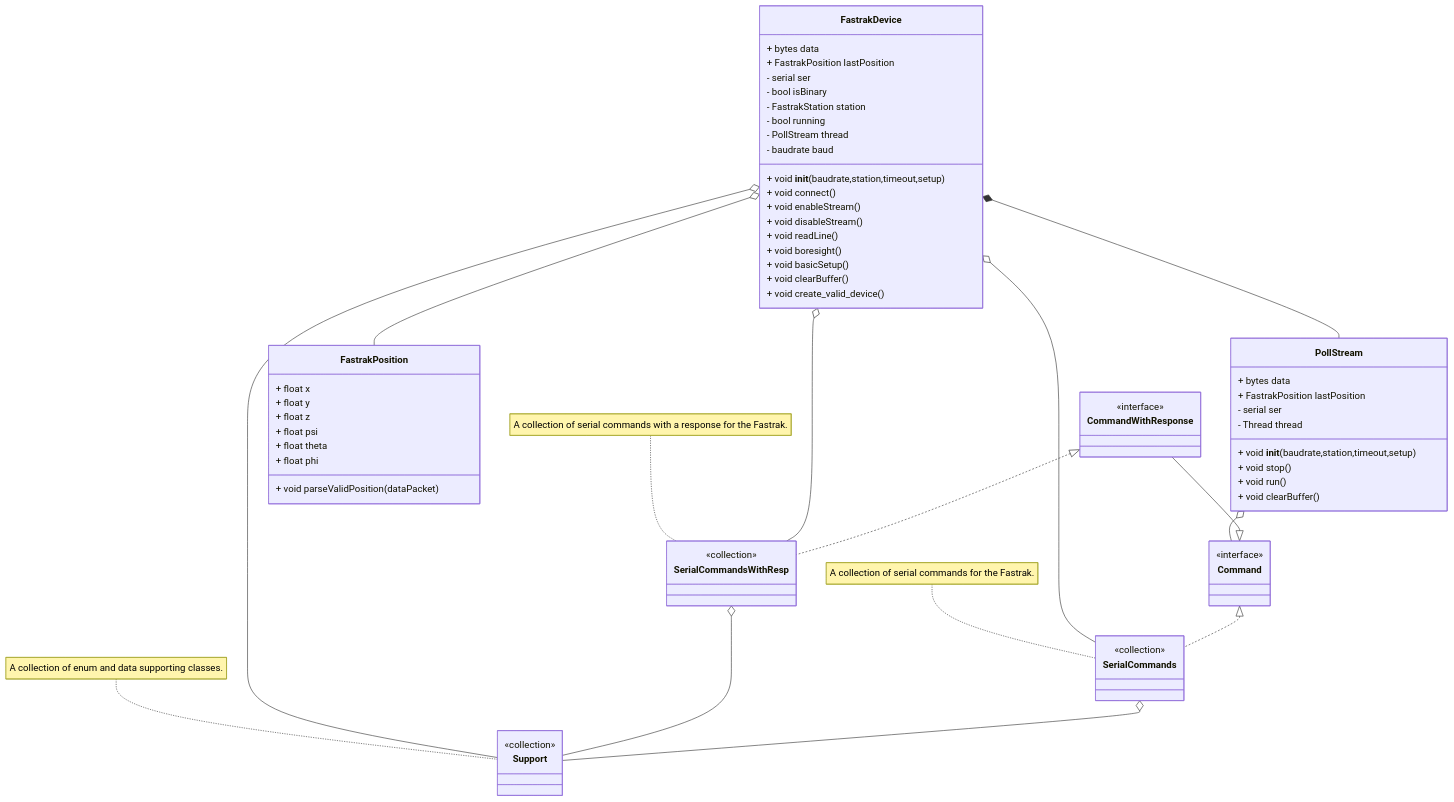
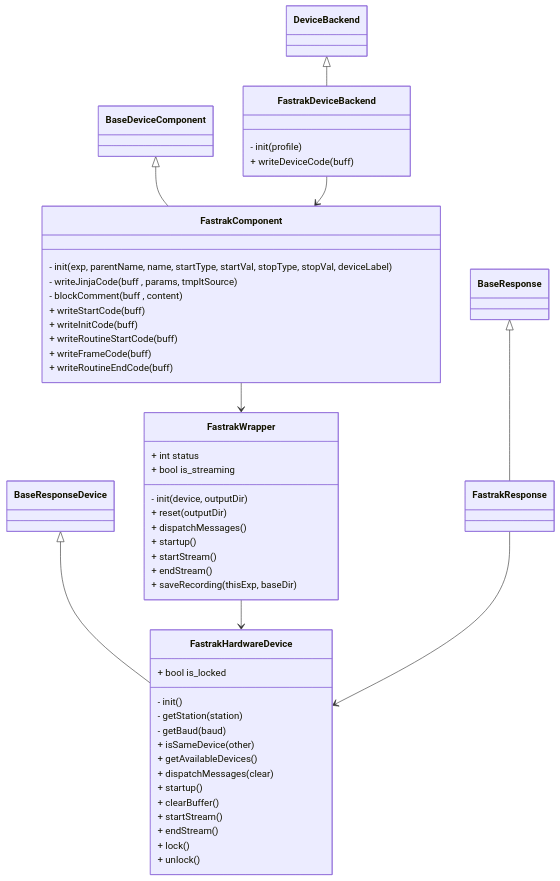
One commit to Nontrivial-Solutions/psychopy-fastrak changed the second of 2 diagrams in docs/README.md. Above: the diagram before and after it, drawn with Mermaid. The commit also changed other lines of this file and 3 other files, not shown here.

````diff
--- a/docs/README.md
+++ b/docs/README.md
@@ -260,70 +256,61 @@
 ```mermaid
 classDiagram
 
-    FastrakDevice o-- SerialCommandsWithResp
-    FastrakDevice o-- SerialCommands
-    FastrakDevice o-- Support 
-    FastrakDevice *-- PollStream 
-    FastrakDevice o-- FastrakPosition 
-    PollStream o-- Command
-
-    SerialCommandsWithResp o-- Support 
-    SerialCommands o-- Support 
-
-    CommandWithResponse --|> Command
-    CommandWithResponse <|.. SerialCommandsWithResp
-    Command <|.. SerialCommands
-
-    class FastrakPosition{
-        + void parseValidPosition(dataPacket)
-        + float  x
-        + float  y
-        + float  z
-        + float  psi
-        + float  theta
-        + float  phi
-    }
-
-    class PollStream{
-        + void __init__(baudrate,station,timeout,setup)
-        + void stop()
-        + void run()
-        + void clearBuffer()
-        + bytes data 
-        + FastrakPosition lastPosition 
-        - serial ser
-        - Thread thread
-    }
-
-    class FastrakDevice{
-        + void __init__(baudrate,station,timeout,setup)
-        + void connect()
-        + void enableStream()
-        + void disableStream()
-        + void readLine()
-        + void boresight()
-        + void basicSetup()
-        + void clearBuffer()
-        + void create_valid_device()
-        + bytes data 
-        + FastrakPosition lastPosition 
-        - serial ser
-        - bool isBinary
-        - FastrakStation station
-        - bool running
-        - PollStream thread
-        - baudrate baud
-    }
-
-    class Command{<<interface>>}
-    class CommandWithResponse{<<interface>>}
-    class Support{<<collection>>}
-    class SerialCommands{<<collection>>}
-    class SerialCommandsWithResp{<<collection>>}
-
-    note for Support "A collection of enum and data supporting classes."
-    note for SerialCommands "A collection of serial commands for the Fastrak."
-    note for SerialCommandsWithResp "A collection of serial commands with a response for the Fastrak."
+BaseDeviceComponent <|-- FastrakComponent
+DeviceBackend <|-- FastrakDeviceBackend
+BaseResponse <|-- FastrakResponse
+BaseResponseDevice <|-- FastrakHardwareDevice
+FastrakWrapper --> FastrakHardwareDevice 
+FastrakResponse--> FastrakHardwareDevice 
+FastrakDeviceBackend --> FastrakComponent 
+FastrakComponent --> FastrakWrapper
 
 
+class FastrakWrapper {
++ int status
++ bool is\_streaming
+- init(device, outputDir) 
++ reset(outputDir) 
++ dispatchMessages() 
++ startup() 
++ startStream() 
++ endStream() 
++ saveRecording(thisExp, baseDir)
+}
+
+class FastrakHardwareDevice {
++ bool is\_locked
+- init() 
+- getStation(station) 
+- getBaud(baud)
++ isSameDevice(other) 
++ getAvailableDevices()
++ dispatchMessages(clear)
++ startup() 
++ clearBuffer() 
++ startStream() 
++ endStream() 
++ lock() 
++ unlock() 
+}
+
+class FastrakResponse {
+}
+
+class FastrakDeviceBackend {
+- init(profile) 
++ writeDeviceCode(buff) 
+}
+
+class FastrakComponent {
+- init(exp, parentName, name, startType, startVal, stopType, stopVal, deviceLabel)
+- writeJinjaCode(buff , params, tmpltSource) 
+- blockComment(buff , content) 
++ writeStartCode(buff)
++ writeInitCode(buff) 
++ writeRoutineStartCode(buff) 
++ writeFrameCode(buff) 
++ writeRoutineEndCode(buff) 
+}
+
 ```
````
